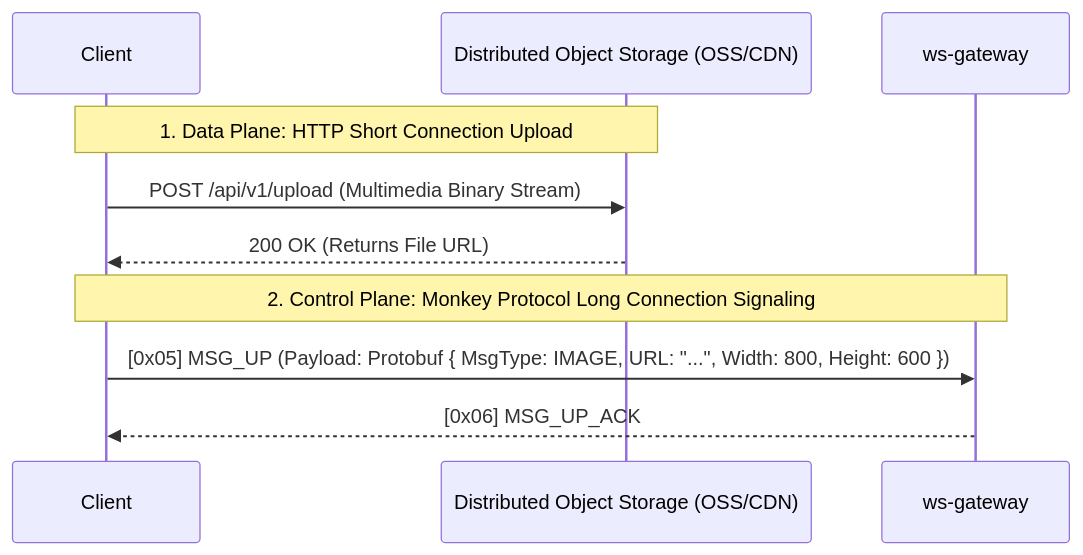
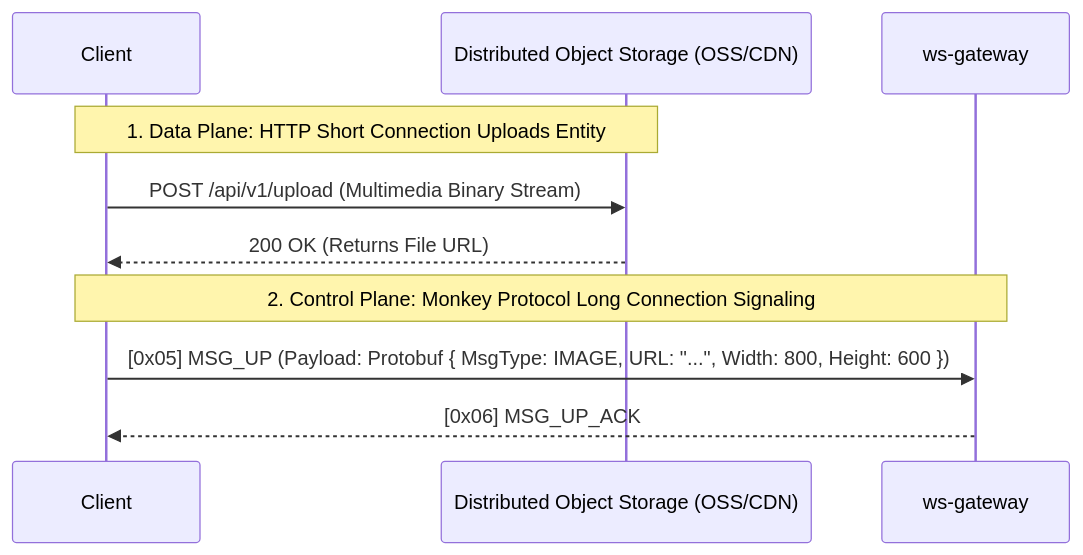
The fifth of 5 diagrams in docs/devdocs/monkey-protocol-spec.md (JamesWilson19970101/ocean.chat.docs), drawn with Mermaid before and after one commit. The commit also changed other lines of this file and 16 other files, not shown here.

First line of the commit message:
docs: Refine message delivery, NATS JetStream, and reliability architecture

````diff
--- a/docs/devdocs/monkey-protocol-spec.md
+++ b/docs/devdocs/monkey-protocol-spec.md
@@ -250,14 +263,14 @@
 ```mermaid
 sequenceDiagram
-    participant Client
-    participant OSS as Distributed Object Storage (OSS/CDN)
-    participant Gateway as ws-gateway
+participant Client
+participant OSS as Distributed Object Storage (OSS/CDN)
+participant Gateway as ws-gateway
 
-    note over Client, OSS: 1. Data Plane: HTTP Short Connection Upload
+    note over Client, OSS: 1. Data Plane: HTTP Short Connection Uploads Entity
     Client->>OSS: POST /api/v1/upload (Multimedia Binary Stream)
     OSS-->>Client: 200 OK (Returns File URL)
 
     note over Client, Gateway: 2. Control Plane: Monkey Protocol Long Connection Signaling
     Client->>Gateway: [0x05] MSG_UP (Payload: Protobuf { MsgType: IMAGE, URL: "...", Width: 800, Height: 600 })
     Gateway-->>Client: [0x06] MSG_UP_ACK
 ```
````
